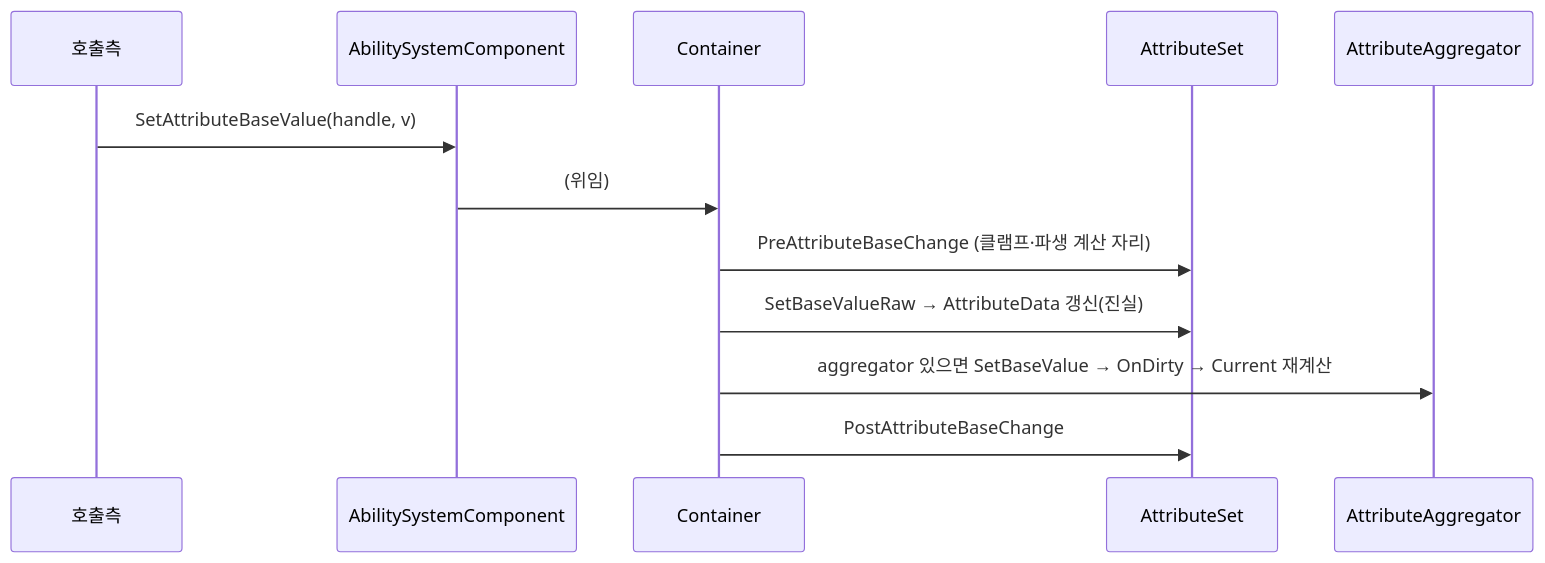
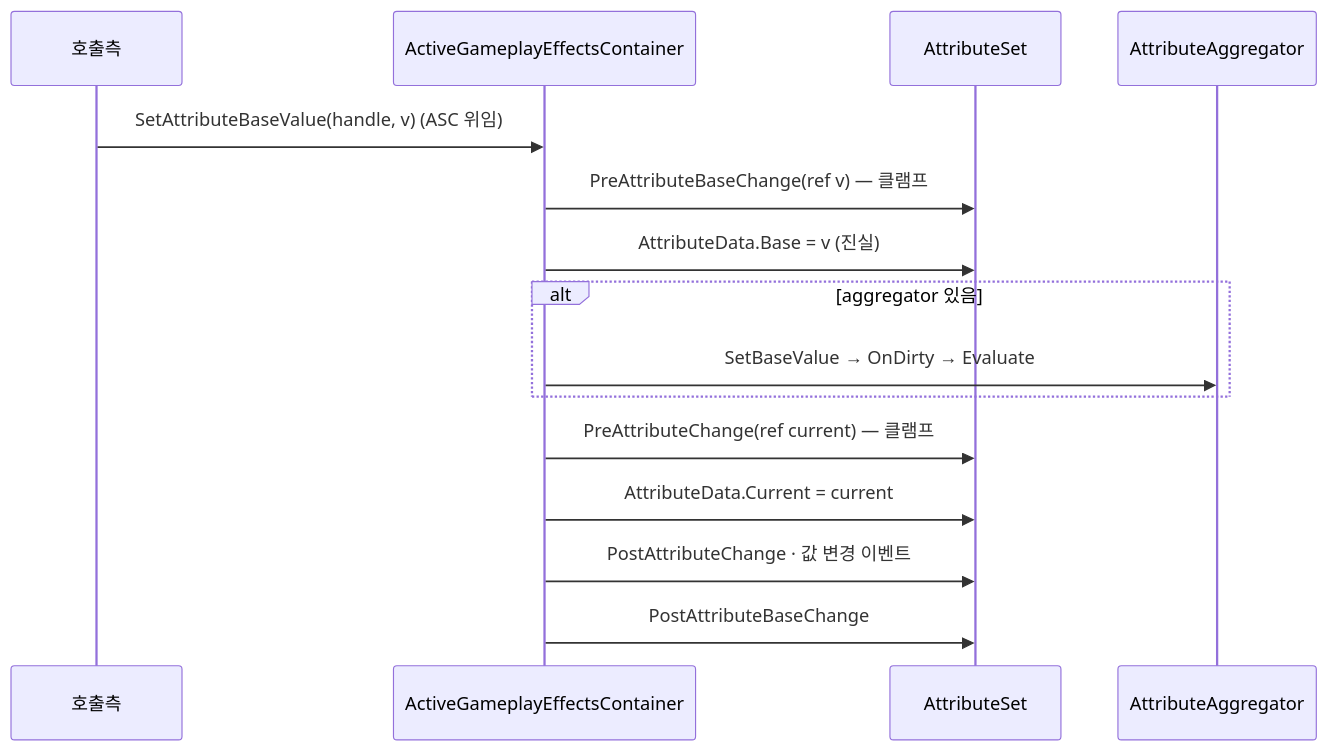
Before and after one commit to hanaaple/AbilitySystem-For-Unity: the second of 2 diagrams in dev-docs/project/architecture/ability-system/attribute.md, drawn with Mermaid. The commit also changed other lines of this file and 862 other files, not shown here.

````diff
--- a/dev-docs/project/architecture/ability-system/attribute.md
+++ b/dev-docs/project/architecture/ability-system/attribute.md
@@ -116,15 +105,18 @@
 ```mermaid
 sequenceDiagram
     participant C as 호출측
-    participant ASC as AbilitySystemComponent
-    participant Cont as Container
+    participant Cont as ActiveGameplayEffectsContainer
     participant Set as AttributeSet
     participant Agg as AttributeAggregator
 
-    C->>ASC: SetAttributeBaseValue(handle, v)
-    ASC->>Cont: (위임)
-    Cont->>Set: PreAttributeBaseChange (클램프·파생 계산 자리)
-    Cont->>Set: SetBaseValueRaw → AttributeData 갱신(진실)
-    Cont->>Agg: aggregator 있으면 SetBaseValue → OnDirty → Current 재계산
+    C->>Cont: SetAttributeBaseValue(handle, v) (ASC 위임)
+    Cont->>Set: PreAttributeBaseChange(ref v) — 클램프
+    Cont->>Set: AttributeData.Base = v (진실)
+    alt aggregator 있음
+        Cont->>Agg: SetBaseValue → OnDirty → Evaluate
+    end
+    Cont->>Set: PreAttributeChange(ref current) — 클램프
+    Cont->>Set: AttributeData.Current = current
+    Cont->>Set: PostAttributeChange · 값 변경 이벤트
     Cont->>Set: PostAttributeBaseChange
 ```
````
